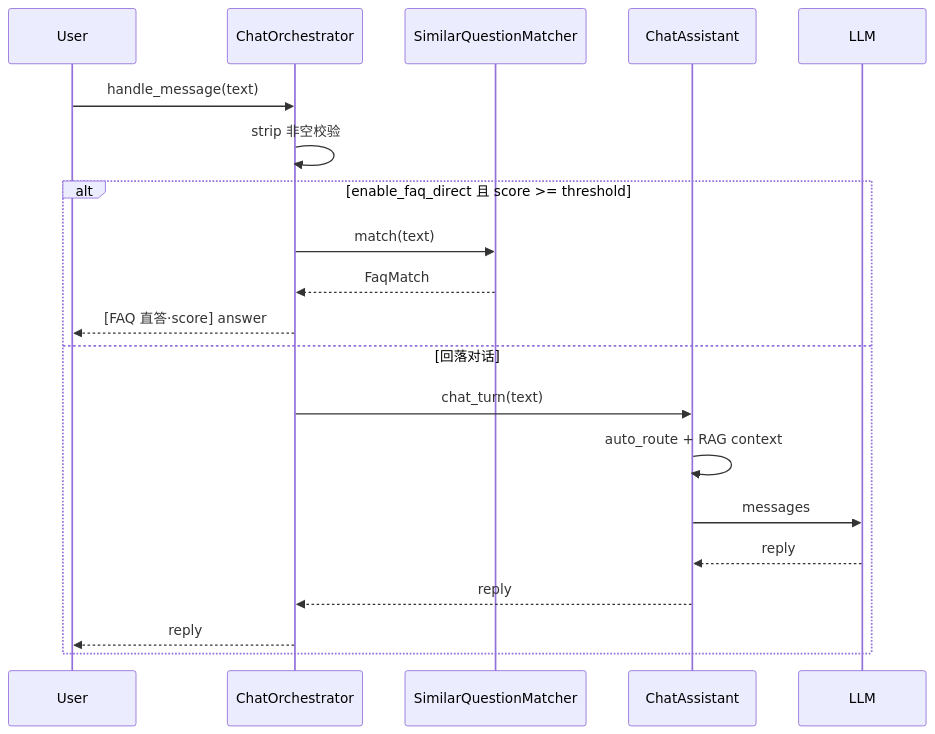
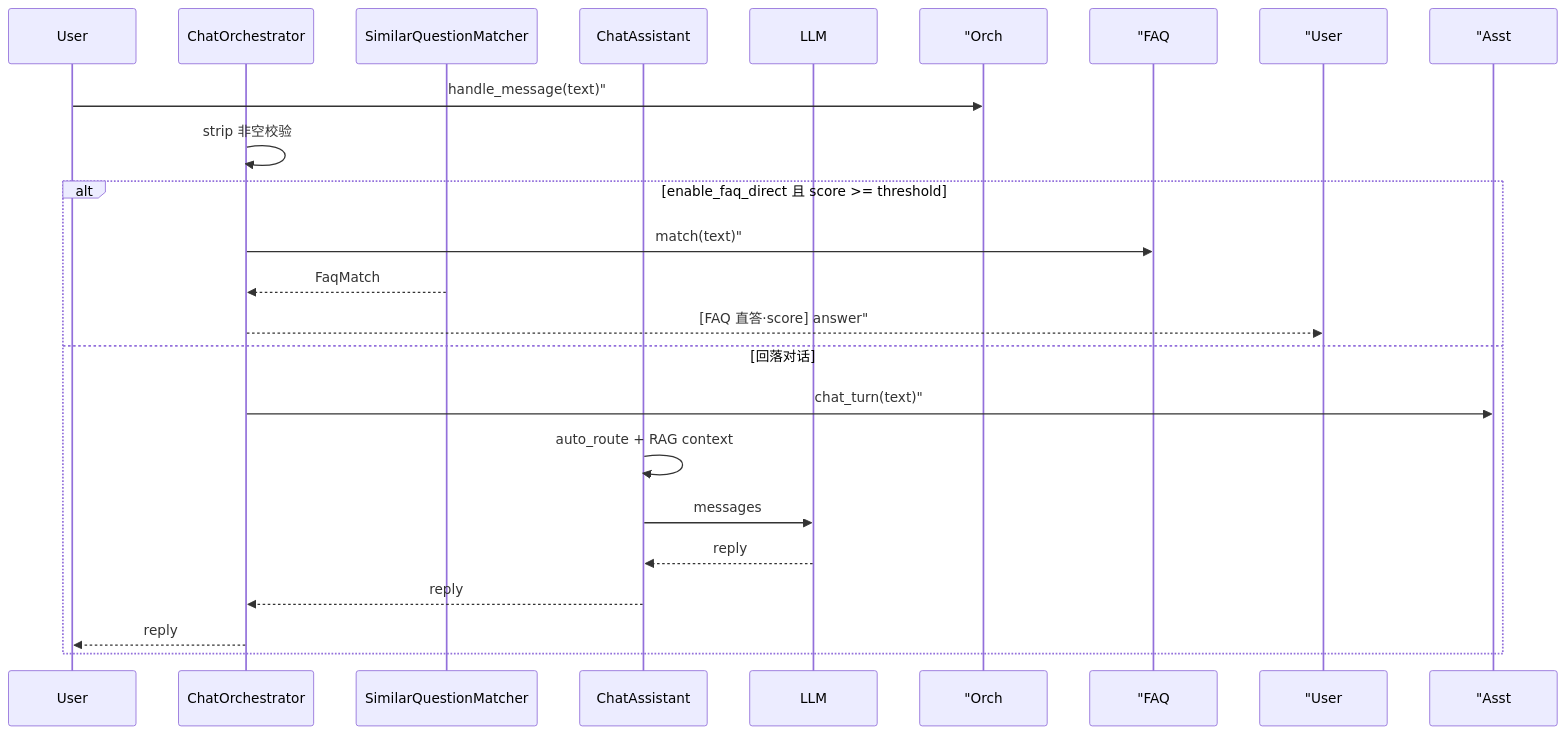
Before and after one commit to ab6539763/70_days_course_plus: the third of 5 diagrams in course/day21/03_架构设计.md, drawn with Mermaid. The commit also changed other lines of this file and 134 other files, not shown here.

````diff
--- a/course/day21/03_架构设计.md
+++ b/course/day21/03_架构设计.md
@@ -81,23 +81,23 @@
 ```mermaid
 sequenceDiagram
     participant User
     participant Orch as ChatOrchestrator
     participant FAQ as SimilarQuestionMatcher
     participant Asst as ChatAssistant
     participant LLM
 
-    User->>Orch: handle_message(text)
+    User->> "Orch: handle_message(text)"
     Orch->>Orch: strip 非空校验
     alt enable_faq_direct 且 score >= threshold
-        Orch->>FAQ: match(text)
+        Orch->> "FAQ: match(text)"
         FAQ-->>Orch: FaqMatch
-        Orch-->>User: [FAQ 直答·score] answer
+        Orch-->> "User: [FAQ 直答·score] answer"
     else 回落对话
-        Orch->>Asst: chat_turn(text)
+        Orch->> "Asst: chat_turn(text)"
         Asst->>Asst: auto_route + RAG context
         Asst->>LLM: messages
         LLM-->>Asst: reply
         Asst-->>Orch: reply
         Orch-->>User: reply
     end
 ```
````
